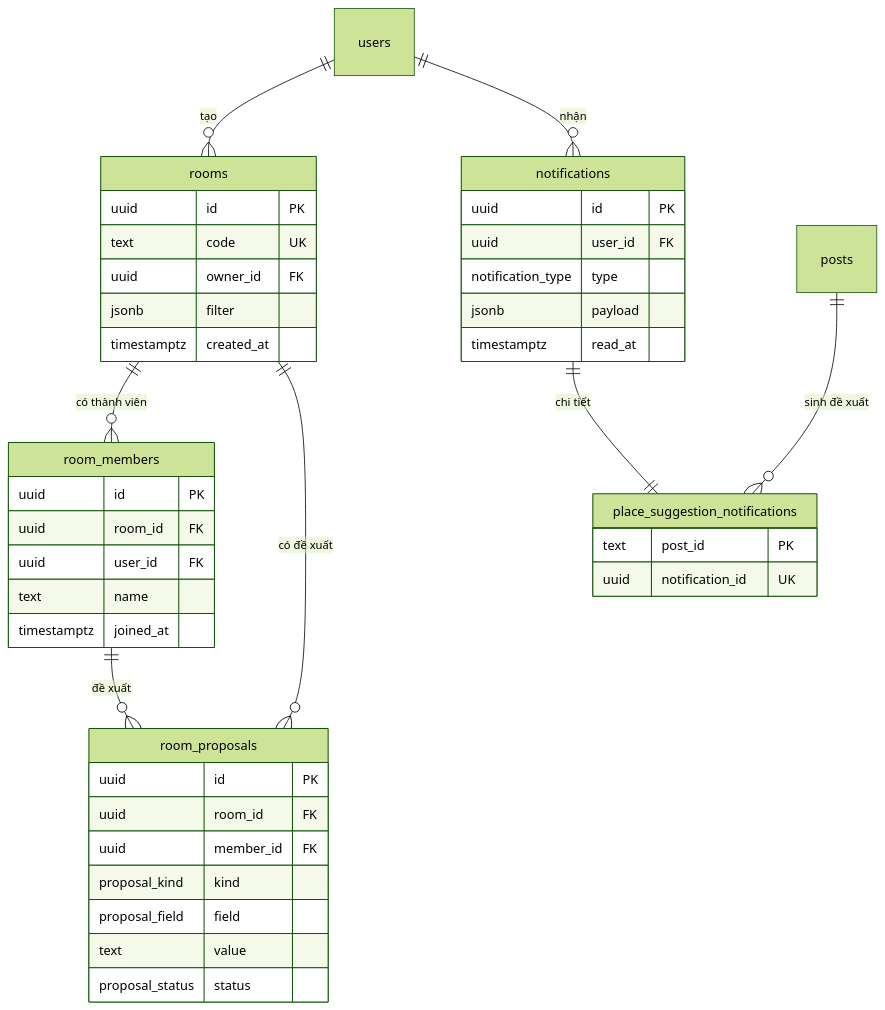
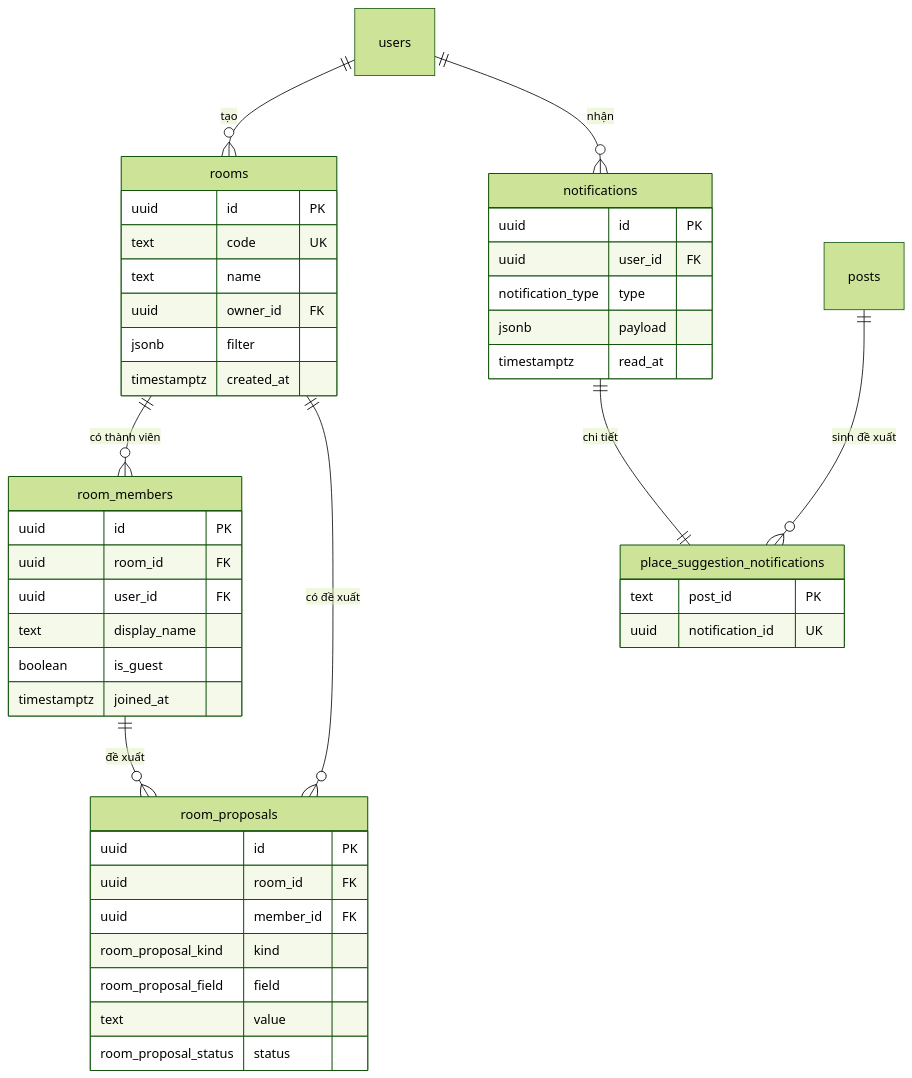
The fifth of 14 diagrams in docs/bao-cao/BAO-CAO-DO-AN.md (longqt321/Rendez-PBL6), drawn with Mermaid (forest theme) before and after one commit. The commit also changed other lines of this file, not shown here.

Commit message:
docs(bao-cao): sua ten cot ERD dung theo schema (body, display_name, room_proposal_*)

````diff
--- a/docs/bao-cao/BAO-CAO-DO-AN.md
+++ b/docs/bao-cao/BAO-CAO-DO-AN.md
@@ -341,45 +341,47 @@
 ```mermaid
 erDiagram
   users ||--o{ rooms : "tạo"
   rooms ||--o{ room_members : "có thành viên"
   rooms ||--o{ room_proposals : "có đề xuất"
   room_members ||--o{ room_proposals : "đề xuất"
   users ||--o{ notifications : "nhận"
   posts ||--o{ place_suggestion_notifications : "sinh đề xuất"
   notifications ||--|| place_suggestion_notifications : "chi tiết"
 
   rooms {
     uuid id PK
     text code UK
+    text name
     uuid owner_id FK
     jsonb filter
     timestamptz created_at
   }
   room_members {
     uuid id PK
     uuid room_id FK
     uuid user_id FK
-    text name
+    text display_name
+    boolean is_guest
     timestamptz joined_at
   }
   room_proposals {
     uuid id PK
     uuid room_id FK
     uuid member_id FK
-    proposal_kind kind
-    proposal_field field
+    room_proposal_kind kind
+    room_proposal_field field
     text value
-    proposal_status status
+    room_proposal_status status
   }
   notifications {
     uuid id PK
     uuid user_id FK
     notification_type type
     jsonb payload
     timestamptz read_at
   }
   place_suggestion_notifications {
     text post_id PK
     uuid notification_id UK
   }
 ```
````
